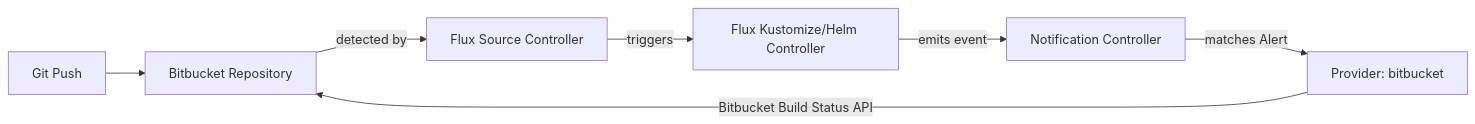
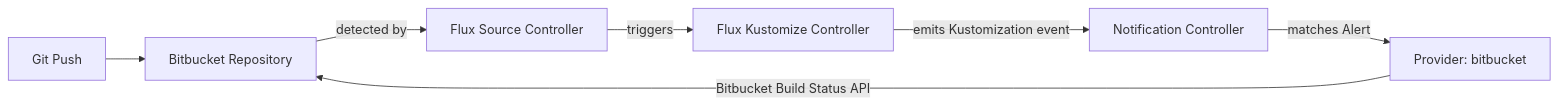
Before and after one commit to OneUptime/blog: the diagram in posts/2026-03-05-flux-notification-provider-bitbucket-commit-status/README.md, drawn with Mermaid. The commit also changed other lines of this file and 2 other files, not shown here.

Commit message:
validate: 2026-03-05-flux-notification-provider-bitbucket-commit-status

````diff
--- a/posts/2026-03-05-flux-notification-provider-bitbucket-commit-status/README.md
+++ b/posts/2026-03-05-flux-notification-provider-bitbucket-commit-status/README.md
@@ -126,9 +124,9 @@
 ```mermaid
 graph LR
     A[Git Push] --> B[Bitbucket Repository]
     B -->|detected by| C[Flux Source Controller]
-    C -->|triggers| D[Flux Kustomize/Helm Controller]
-    D -->|emits event| E[Notification Controller]
+    C -->|triggers| D[Flux Kustomize Controller]
+    D -->|emits Kustomization event| E[Notification Controller]
     E -->|matches Alert| F[Provider: bitbucket]
     F -->|Bitbucket Build Status API| B
 ```
````
